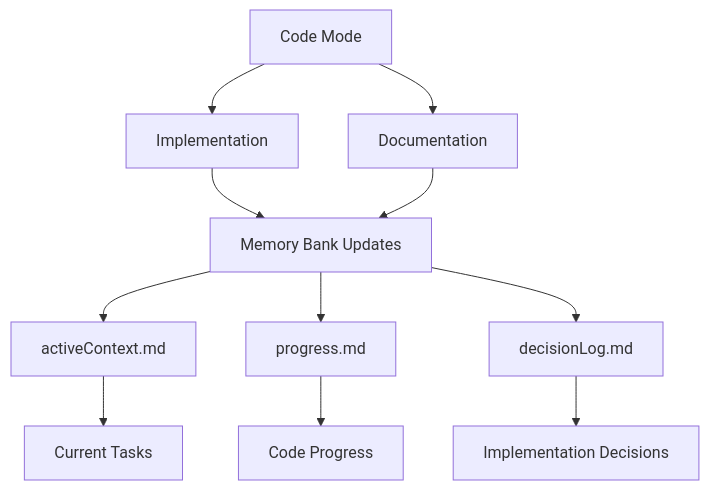
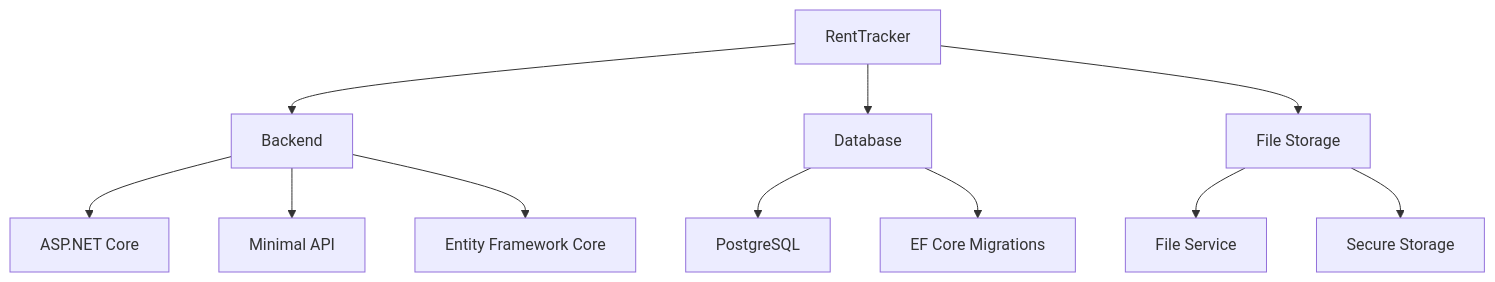
Before and after one commit to rohanmarathe567-code/RentTracker: the first of 5 diagrams in README.md, drawn with Mermaid. The commit also changed other lines of this file, not shown here.

````diff
--- a/README.md
+++ b/README.md
@@ -231,13 +46,16 @@
 ```mermaid
 graph TD
-    A[Code Mode] --> B[Implementation]
-    A --> C[Documentation]
-    B --> D[Memory Bank Updates]
-    C --> D
-    D --> E[activeContext.md]
-    D --> F[progress.md]
-    D --> G[decisionLog.md]
-    E --> H[Current Tasks]
-    F --> I[Code Progress]
-    G --> J[Implementation Decisions]
+    A[RentTracker] --> B[Backend]
+    A --> C[Database]
+    A --> D[File Storage]
+    
+    B --> B1[ASP.NET Core]
+    B --> B2[Minimal API]
+    B --> B3[Entity Framework Core]
+    
+    C --> C1[PostgreSQL]
+    C --> C2[EF Core Migrations]
+    
+    D --> D1[File Service]
+    D --> D2[Secure Storage]
 ```
````
